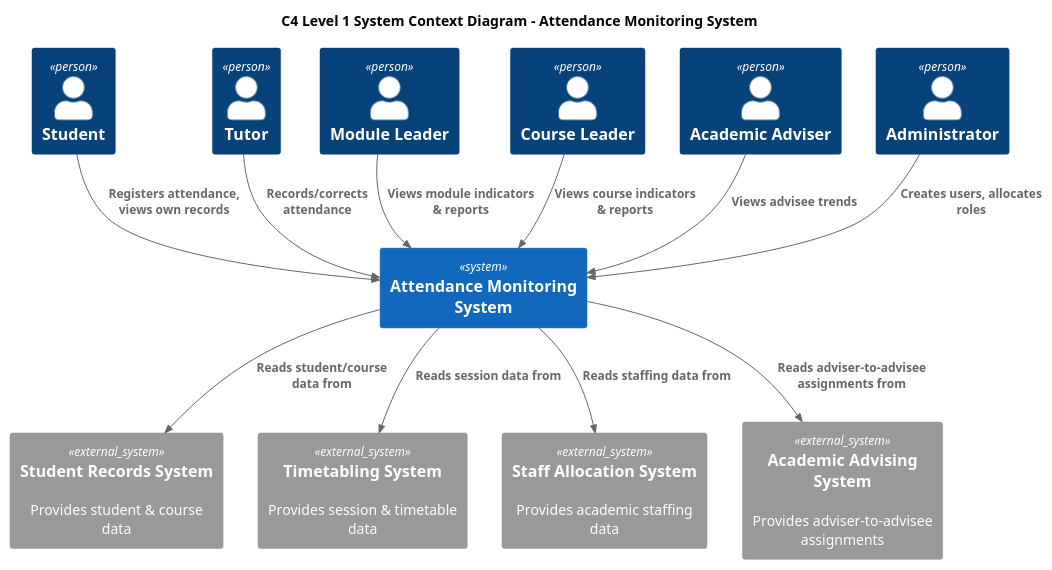
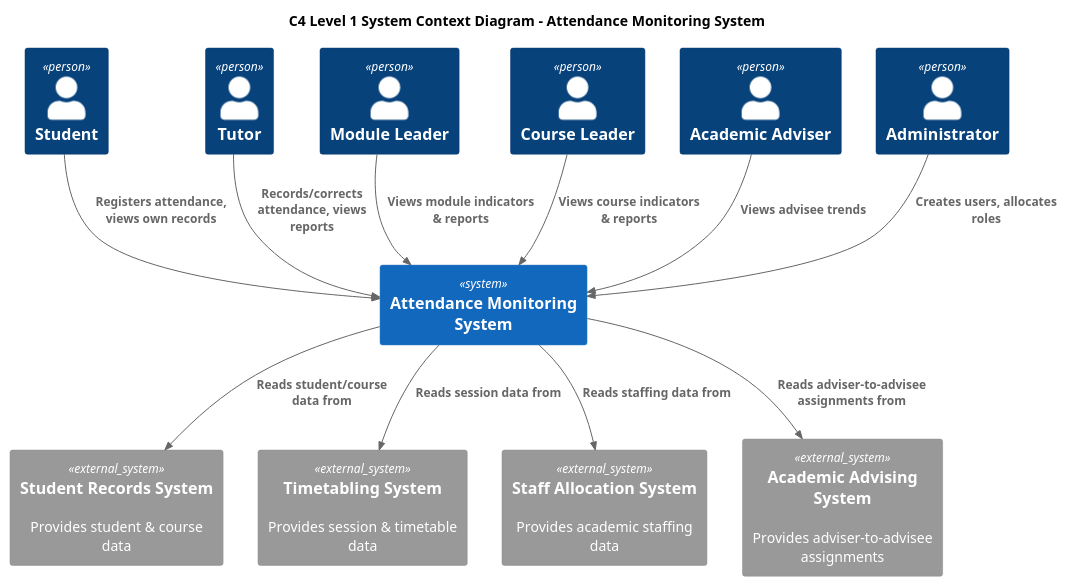
The diagram in diagrams/c4-level1-diagram.puml (Shelly855/attendance-monitoring-copy), drawn with PlantUML before and after one commit. The commit also changed 7 other files, not shown here.

Commit message:
diagrams

```diff
--- a/diagrams/c4-level1-diagram.puml
+++ b/diagrams/c4-level1-diagram.puml
@@ -1,31 +1,31 @@
 @startuml AttendanceMonitoringSystem
 !include <C4/C4_Context>
 title C4 Level 1 System Context Diagram – Attendance Monitoring System
 !include https://raw.githubusercontent.com/plantuml-stdlib/C4-PlantUML/master/C4_Context.puml
 
 Person(student, "Student")
 Person(tutor, "Tutor")
 Person(moduleLeader, "Module Leader")
 Person(courseLeader, "Course Leader")
 Person(adviser, "Academic Adviser")
 Person(admin, "Administrator")
 
 System(ams, "Attendance Monitoring System")
 
 System_Ext(studentRecords, "Student Records System", "Provides student & course data")
 System_Ext(timetabling, "Timetabling System", "Provides session & timetable data")
 System_Ext(staffAlloc, "Staff Allocation System", "Provides academic staffing data")
 System_Ext(advising, "Academic Advising System", "Provides adviser-to-advisee assignments")
 
 Rel(student, ams, "Registers attendance, views own records")
-Rel(tutor, ams, "Records/corrects attendance")
+Rel(tutor, ams, "Records/corrects attendance, views reports")
 Rel(moduleLeader, ams, "Views module indicators & reports")
 Rel(courseLeader, ams, "Views course indicators & reports")
 Rel(adviser, ams, "Views advisee trends")
 Rel(admin, ams, "Creates users, allocates roles")
 
 Rel(ams, studentRecords, "Reads student/course data from")
 Rel(ams, timetabling, "Reads session data from")
 Rel(ams, staffAlloc, "Reads staffing data from")
 Rel(ams, advising, "Reads adviser-to-advisee assignments from")
 @enduml
```
